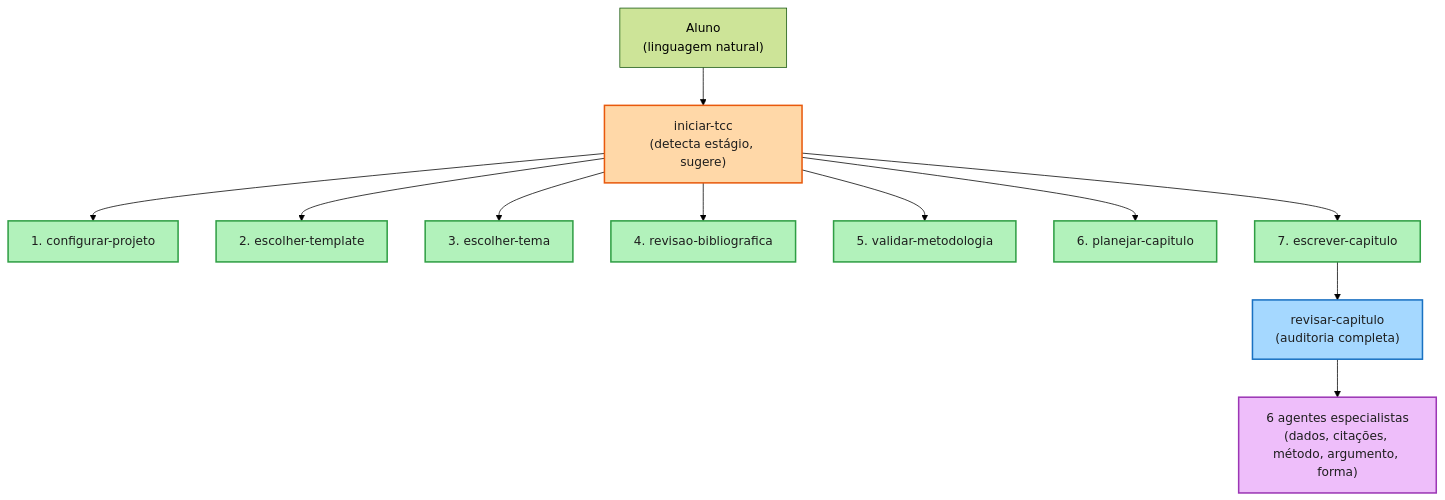
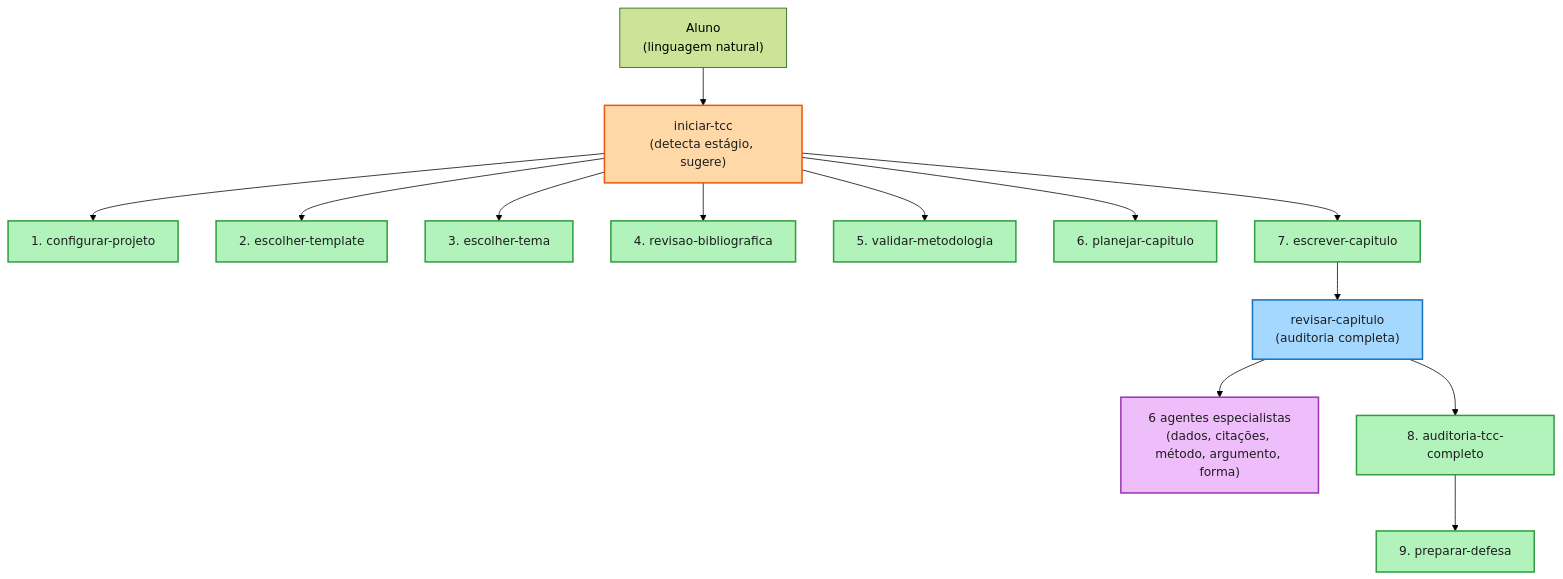
Before and after one commit to Oseiasdfarias/tcc-verificado-kit-agentes: the diagram in README.md, drawn with Mermaid (forest theme). The commit also changed other lines of this file and 3 other files, not shown here.

Commit message:
Publica v1.6.0: consolidacao, auditoria cross-capitulo e defesa

````diff
--- a/README.md
+++ b/README.md
@@ -35,25 +35,28 @@
 ```mermaid
 flowchart TD
     Aluno["Aluno<br/>(linguagem natural)"] --> Hub1["iniciar-tcc<br/>(detecta estágio, sugere)"]
 
     Hub1 --> S1["1. configurar-projeto"]
     Hub1 --> S2["2. escolher-template"]
     Hub1 --> S3["3. escolher-tema"]
     Hub1 --> S4["4. revisao-bibliografica"]
     Hub1 --> S5["5. validar-metodologia"]
     Hub1 --> S6["6. planejar-capitulo"]
     Hub1 --> S7["7. escrever-capitulo"]
 
     S7 --> Hub2["revisar-capitulo<br/>(auditoria completa)"]
     Hub2 --> Agentes["6 agentes especialistas<br/>(dados, citações, método, argumento, forma)"]
 
+    Hub2 --> S8["8. auditoria-tcc-completo"]
+    S8 --> S9["9. preparar-defesa"]
+
     classDef hub fill:#ffd8a8,stroke:#e8590c,stroke-width:2px,color:#1e1e1e
     classDef hub2 fill:#a5d8ff,stroke:#1971c2,stroke-width:2px,color:#1e1e1e
     classDef skill fill:#b2f2bb,stroke:#2f9e44,stroke-width:2px,color:#1e1e1e
     classDef agente fill:#eebefa,stroke:#9c36b5,stroke-width:2px,color:#1e1e1e
 
     class Hub1 hub
     class Hub2 hub2
-    class S1,S2,S3,S4,S5,S6,S7 skill
+    class S1,S2,S3,S4,S5,S6,S7,S8,S9 skill
     class Agentes agente
 ```
````
